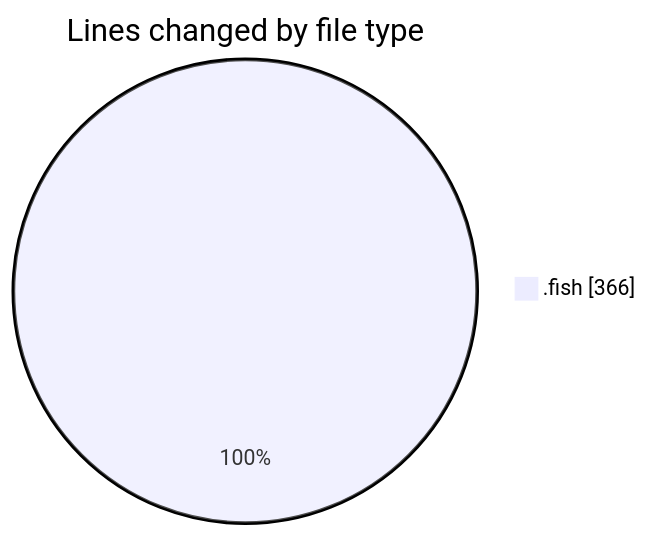
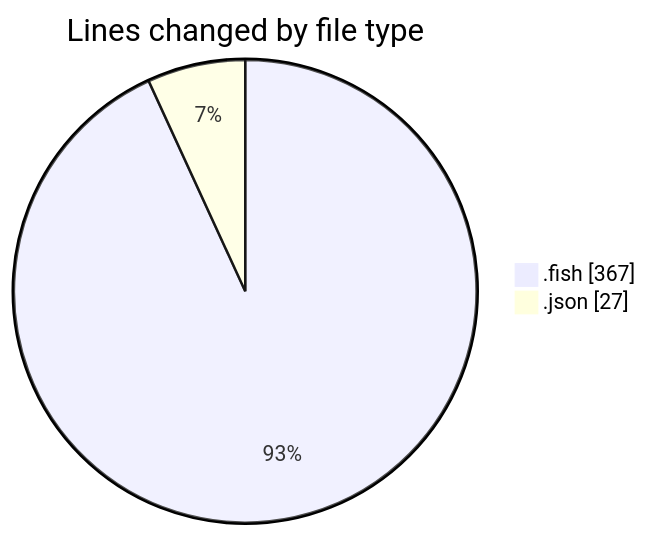
One commit to EIIisD/code-tracking changed the first of 2 diagrams in 2025-08-03/fish/README.md. Above: the diagram before and after it, drawn with Mermaid. The commit also changed other lines of this file and 1 other file, not shown here.

````diff
--- a/2025-08-03/fish/README.md
+++ b/2025-08-03/fish/README.md
@@ -22,5 +23,6 @@
 ```mermaid
 pie showData
 title Lines changed by file type
-".fish" : 366
+".fish" : 367
+".json" : 27
 ```
````
